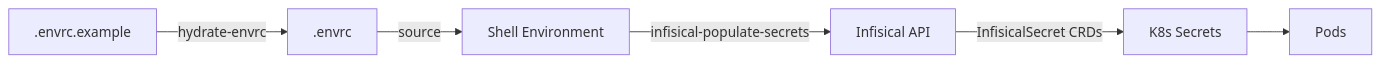
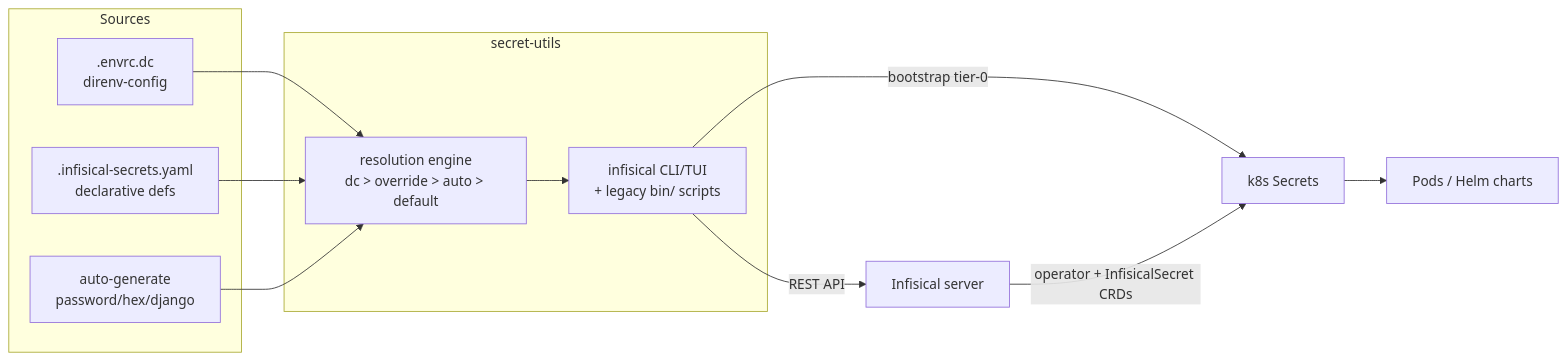
The diagram in docs/PROJ-ARCH.md (the-robot-lives/secrets-tools), drawn with Mermaid before and after one commit. The commit also changed other lines of this file and 5 other files, not shown here.

````diff
--- a/docs/PROJ-ARCH.md
+++ b/docs/PROJ-ARCH.md
@@ -9,8 +21,20 @@
 ```mermaid
 graph LR
-    A[.envrc.example] -->|hydrate-envrc| B[.envrc]
-    B -->|source| C[Shell Environment]
-    C -->|infisical-populate-secrets| D[Infisical API]
-    D -->|InfisicalSecret CRDs| E[K8s Secrets]
-    E --> F[Pods]
+    subgraph Sources
+        DC[.envrc.dc<br/>direnv-config]
+        YAML[.infisical-secrets.yaml<br/>declarative defs]
+        GEN[auto-generate<br/>password/hex/django]
+    end
+    subgraph secret-utils
+        ENG[resolution engine<br/>dc > override > auto > default]
+        CLI[infisical CLI/TUI<br/>+ legacy bin/ scripts]
+    end
+    DC --> ENG
+    YAML --> ENG
+    GEN --> ENG
+    ENG --> CLI
+    CLI -->|REST API| INF[Infisical server]
+    CLI -->|bootstrap tier-0| K8S
+    INF -->|operator + InfisicalSecret CRDs| K8S[k8s Secrets]
+    K8S --> PODS[Pods / Helm charts]
 ```
````
